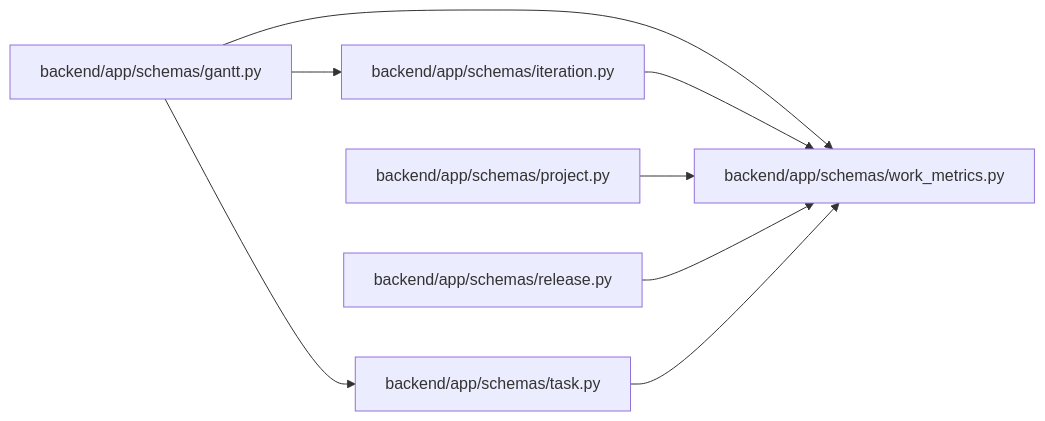
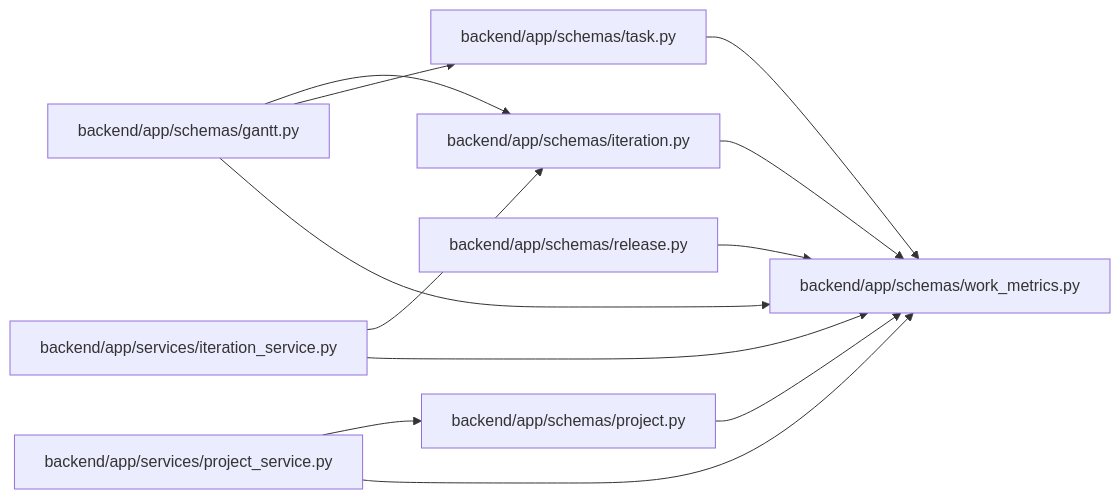
One commit to Denissvgn/WorkChord changed the diagram in docs/llm_wiki/modules/schemas_work_metrics.md. Above: the diagram before and after it, drawn with Mermaid. The commit also changed other lines of this file and 25171 other files, not shown here.

````diff
--- a/docs/llm_wiki/modules/schemas_work_metrics.md
+++ b/docs/llm_wiki/modules/schemas_work_metrics.md
@@ -18,22 +18,30 @@
 ```mermaid
 flowchart LR
     n0["backend/app/schemas/gantt.py"]
     n1["backend/app/schemas/iteration.py"]
     n2["backend/app/schemas/project.py"]
     n3["backend/app/schemas/release.py"]
     n4["backend/app/schemas/task.py"]
     n5["backend/app/schemas/work_metrics.py"]
+    n6["backend/app/services/iteration_service.py"]
+    n7["backend/app/services/project_service.py"]
     n0 --> n1
     n0 --> n4
     n0 --> n5
     n1 --> n5
     n2 --> n5
     n3 --> n5
     n4 --> n5
+    n6 --> n1
+    n6 --> n5
+    n7 --> n2
+    n7 --> n5
     click n0 "../modules/schemas_gantt.md"
     click n1 "../modules/schemas_iteration.md"
     click n2 "../modules/schemas_project.md"
     click n3 "../modules/schemas_release.md"
     click n4 "../modules/schemas_task.md"
     click n5 "../modules/schemas_work_metrics.md"
+    click n6 "../modules/iteration_service.md"
+    click n7 "../modules/project_service.md"
 ```
````
